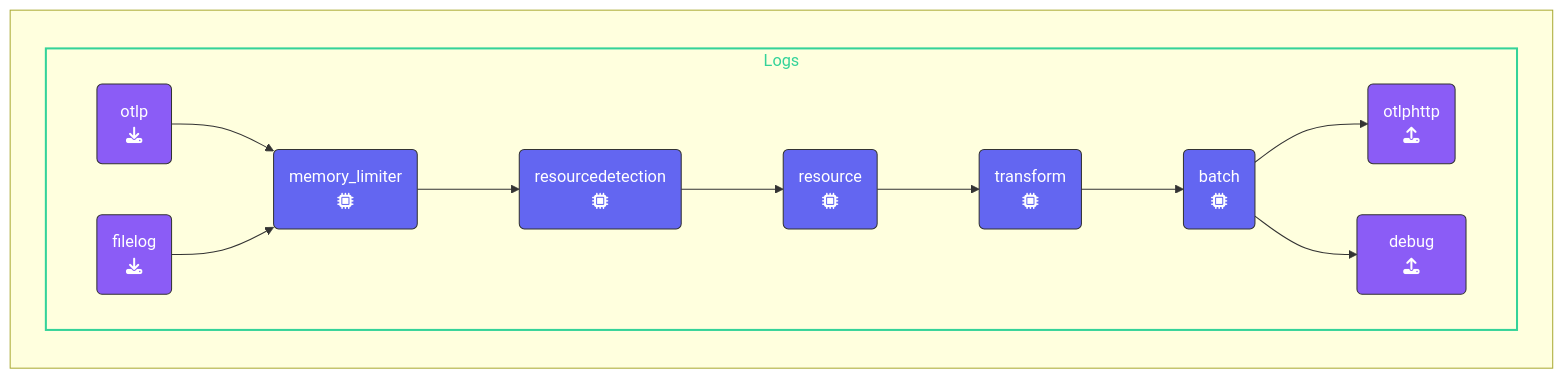
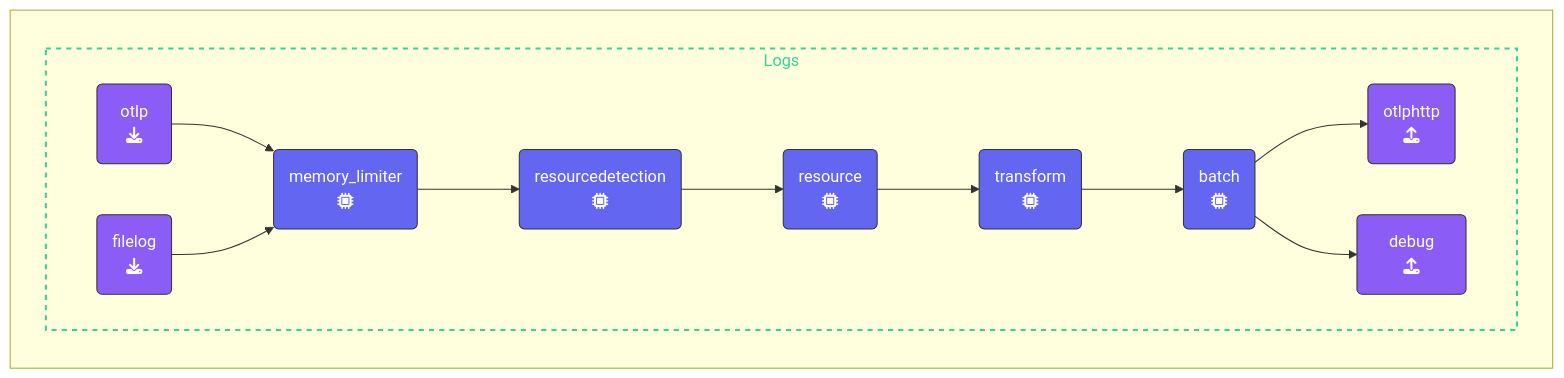
The diagram in content/en/ninja-workshops/10-advanced-otel/7-transform-data/_index.md (splunk/observability-workshop), drawn with Mermaid before and after one commit. The commit also changed 6 other files, not shown here.

Commit message:
Updated charts with dotted lines

````diff
--- a/content/en/ninja-workshops/10-advanced-otel/7-transform-data/_index.md
+++ b/content/en/ninja-workshops/10-advanced-otel/7-transform-data/_index.md
@@ -117,33 +117,33 @@
 ```mermaid
 %%{init:{"fontFamily":"monospace"}}%%
 graph LR
     %% Nodes
       REC1(&nbsp;&nbsp;otlp&nbsp;&nbsp;<br>fa:fa-download):::receiver
       REC2(filelog<br>fa:fa-download):::receiver
       PRO1(memory_limiter<br>fa:fa-microchip):::processor
       PRO2(resourcedetection<br>fa:fa-microchip):::processor
       PRO3(resource<br>fa:fa-microchip):::processor
       PRO4(transform<br>fa:fa-microchip):::processor
       PRO5(batch<br>fa:fa-microchip):::processor
       EXP1(otlphttp<br>fa:fa-upload):::exporter
       EXP2(&ensp;&ensp;debug&ensp;&ensp;<br>fa:fa-upload):::exporter
     %% Links
     subID1:::sub-logs
     subgraph " "
       subgraph subID1[Logs]
       direction LR
       REC1 --> PRO1
       REC2 --> PRO1
       PRO1 --> PRO2
       PRO2 --> PRO3
       PRO3 --> PRO4
       PRO4 --> PRO5
       PRO5 --> EXP1
       PRO5 --> EXP2
       end
     end
 classDef receiver,exporter fill:#8b5cf6,stroke:#333,stroke-width:1px,color:#fff;
 classDef processor fill:#6366f1,stroke:#333,stroke-width:1px,color:#fff;
 classDef con-receive,con-export fill:#45c175,stroke:#333,stroke-width:1px,color:#fff;
-classDef sub-logs stroke:#34d399,stroke-width:2px, color:#34d399;
+classDef sub-logs stroke:#34d399,stroke-width:2px, color:#34d399,stroke-dasharray: 5 5;
 ```
````
